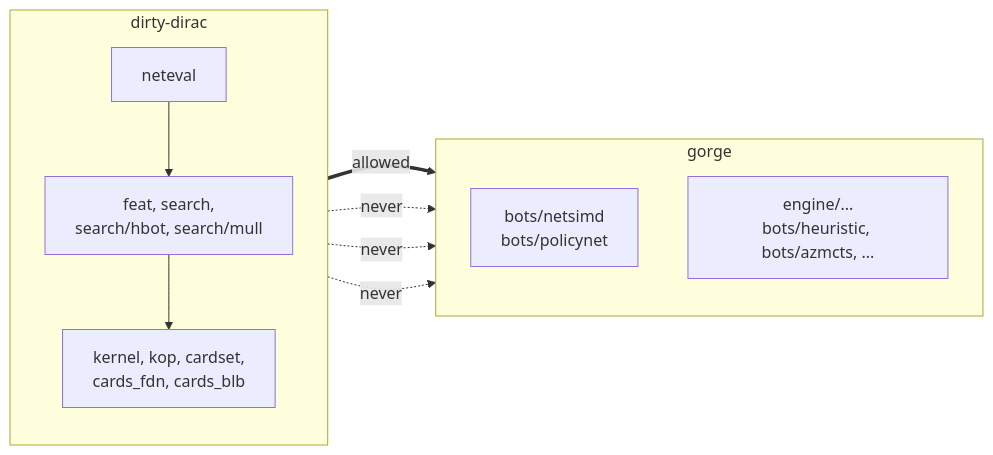
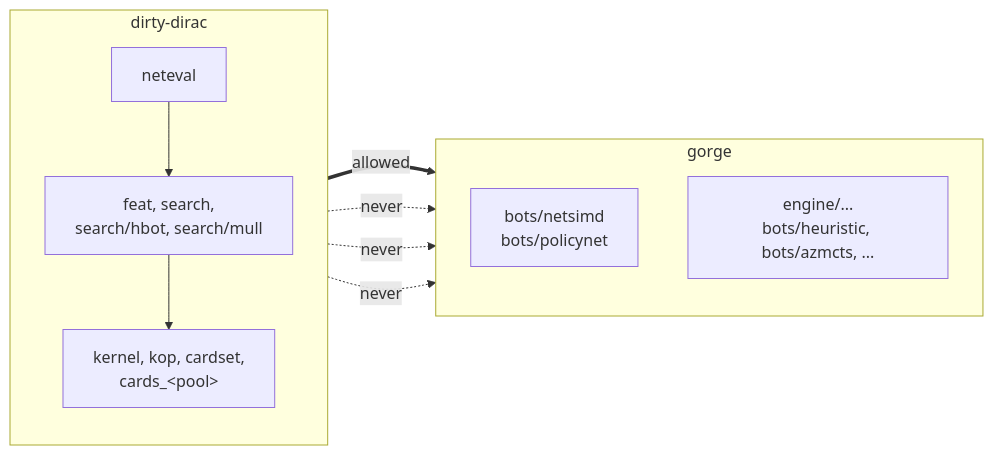
One commit to adams-shaun/gorge changed the third of 3 diagrams in docs/site/architecture/dirty-dirac/search.md. Above: the diagram before and after it, drawn with Mermaid. The commit also changed other lines of this file and 11 other files, not shown here.

````diff
--- a/docs/site/architecture/dirty-dirac/search.md
+++ b/docs/site/architecture/dirty-dirac/search.md
@@ -183,20 +183,20 @@
 ```mermaid
 flowchart LR
   subgraph kernelside["dirty-dirac"]
     direction TB
-    k["kernel, kop, cardset,<br/>cards_fdn, cards_blb"]
+    k["kernel, kop, cardset,<br/>cards_&lt;pool&gt;"]
     fs["feat, search,<br/>search/hbot, search/mull"]
     ne["neteval"]
   end
   subgraph gorgeside["gorge"]
     direction TB
     nets["bots/netsimd<br/>bots/policynet"]
     eng["engine/...<br/>bots/heuristic, bots/azmcts, ..."]
   end
   fs --> k
   ne --> fs
   ne ==>|allowed| nets
   k -. never .-> eng
   fs -. never .-> eng
   ne -. never .-> eng
 ```
````
